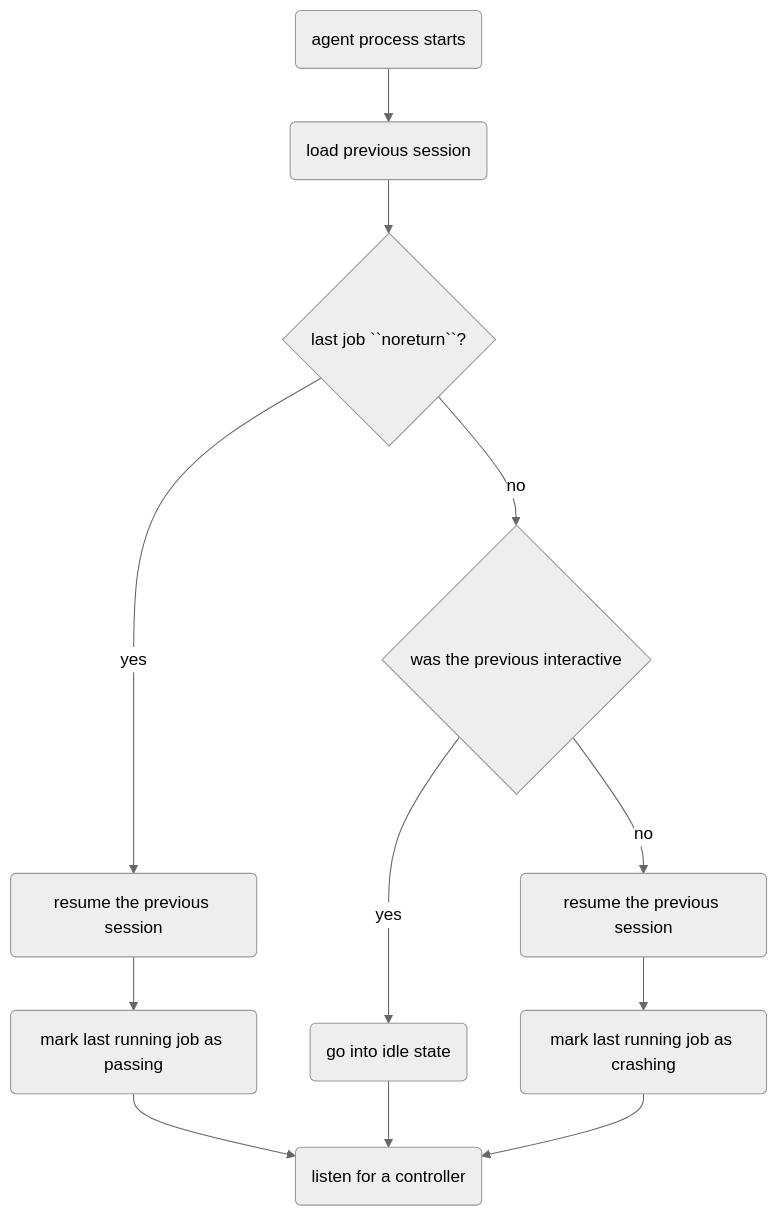
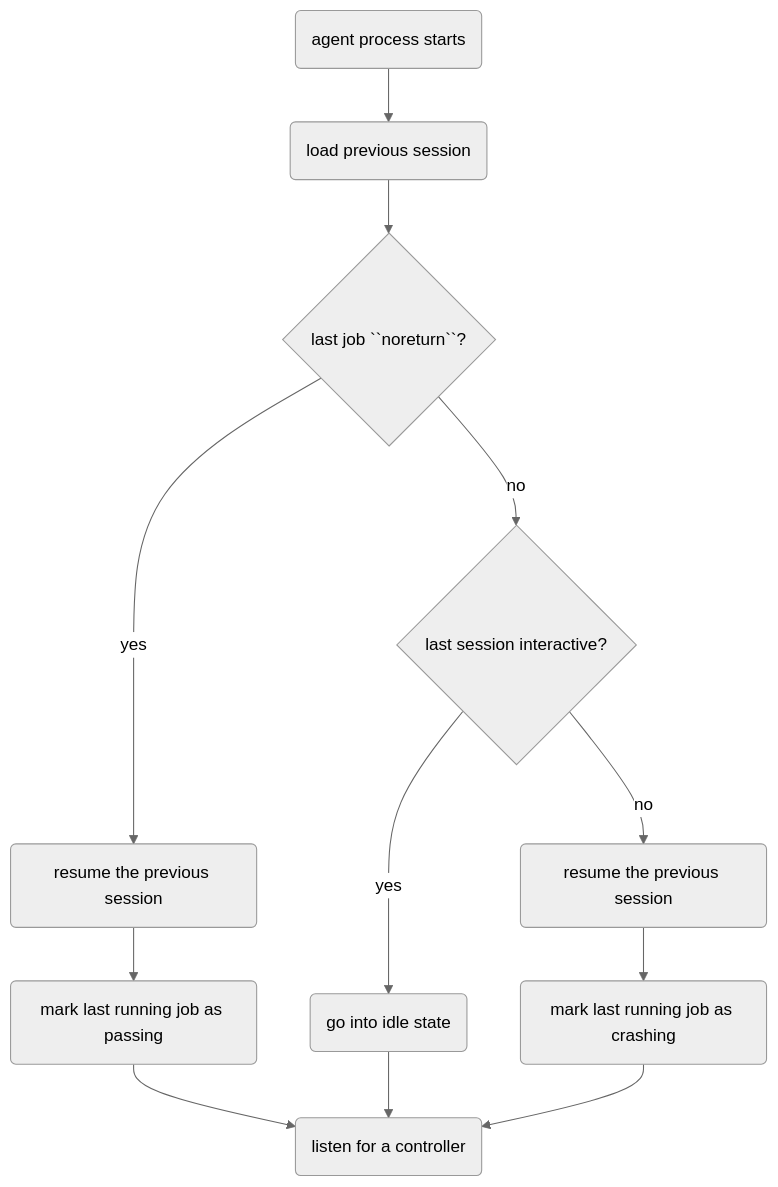
Before and after one commit to canonical/checkbox: the diagram in docs/explanation/remote.rst, drawn with Mermaid (neutral theme).

Commit message:
smaller diamond redux

```diff
--- a/docs/explanation/remote.rst
+++ b/docs/explanation/remote.rst
@@ -110,27 +110,27 @@
 .. mermaid::
 
   graph TD;
 
   process("agent process starts")
     load("load previous session")
     resume("resume the previous session")
     resume_crashed("resume the previous session")
-    interactive{"was the previous interactive"}
+    interactive{"last session interactive?"}
     mark_pass("mark last running job as passing")
     mark_crash("mark last running job as crashing")
     idle("go into idle state")
     listen("listen for a controller")
     process --> load
     last_job{"last job ``noreturn``?"}
     load -->last_job
     last_job-->|yes| resume
     resume --> mark_pass
 
     last_job-->|no| interactive
     interactive-->|yes| idle
     idle --> listen
     mark_pass --> listen
 
     interactive-->|no| resume_crashed
     resume_crashed --> mark_crash
     mark_crash --> listen
```
